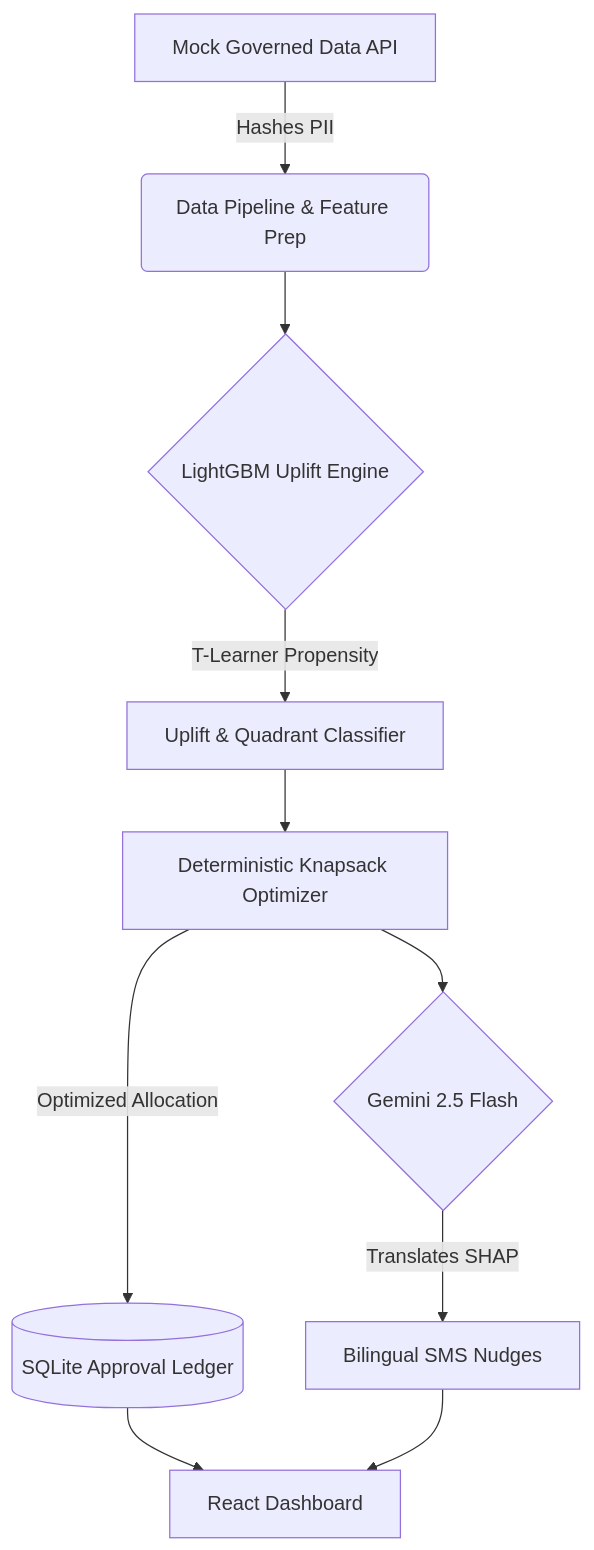
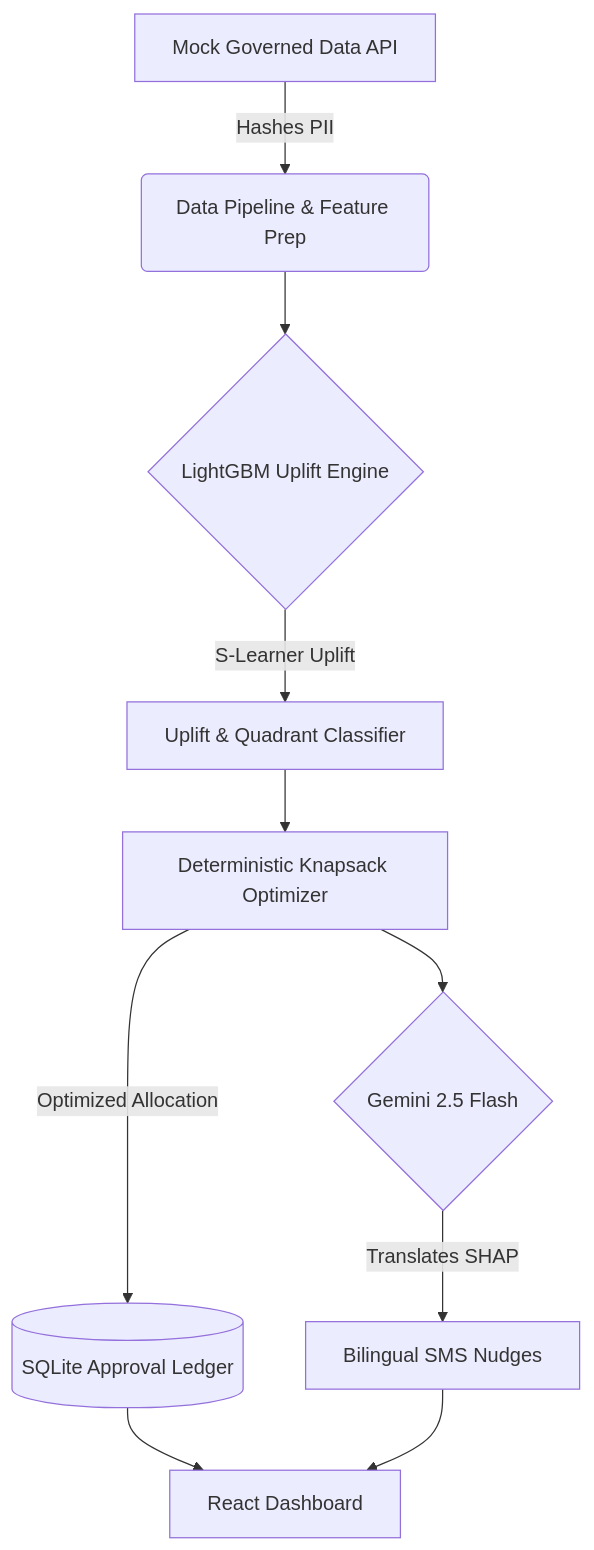
The diagram in README.md (Fahim1150/ai-hackathon-2026), drawn with Mermaid before and after one commit. The commit also changed other lines of this file and 4 other files, not shown here.

````diff
--- a/README.md
+++ b/README.md
@@ -68,12 +68,12 @@
 ```mermaid
 graph TD
     A[Mock Governed Data API] -->|Hashes PII| B(Data Pipeline & Feature Prep)
     B --> C{LightGBM Uplift Engine}
-    C -->|T-Learner Propensity| D[Uplift & Quadrant Classifier]
+    C -->|S-Learner Uplift| D[Uplift & Quadrant Classifier]
     D --> E[Deterministic Knapsack Optimizer]
     E -->|Optimized Allocation| F[(SQLite Approval Ledger)]
     E --> G{Gemini 2.5 Flash}
     G -->|Translates SHAP| H[Bilingual SMS Nudges]
     F --> I[React Dashboard]
     H --> I
 ```
````
